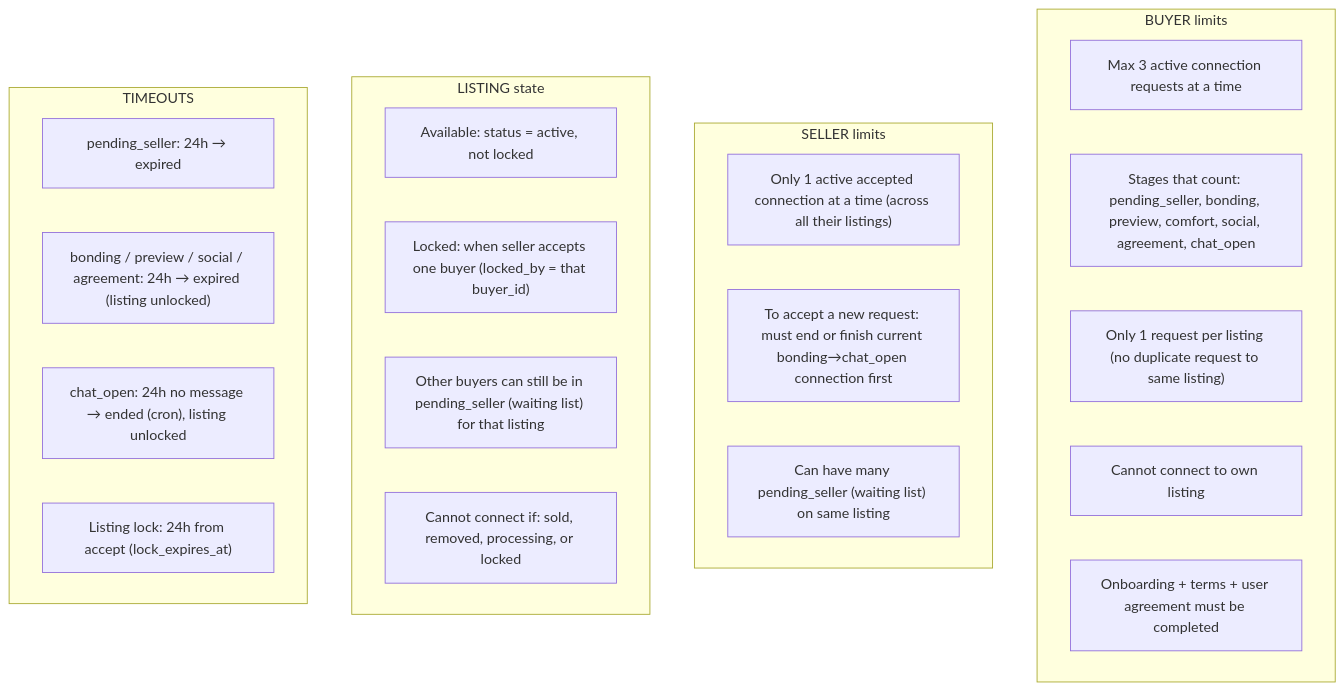
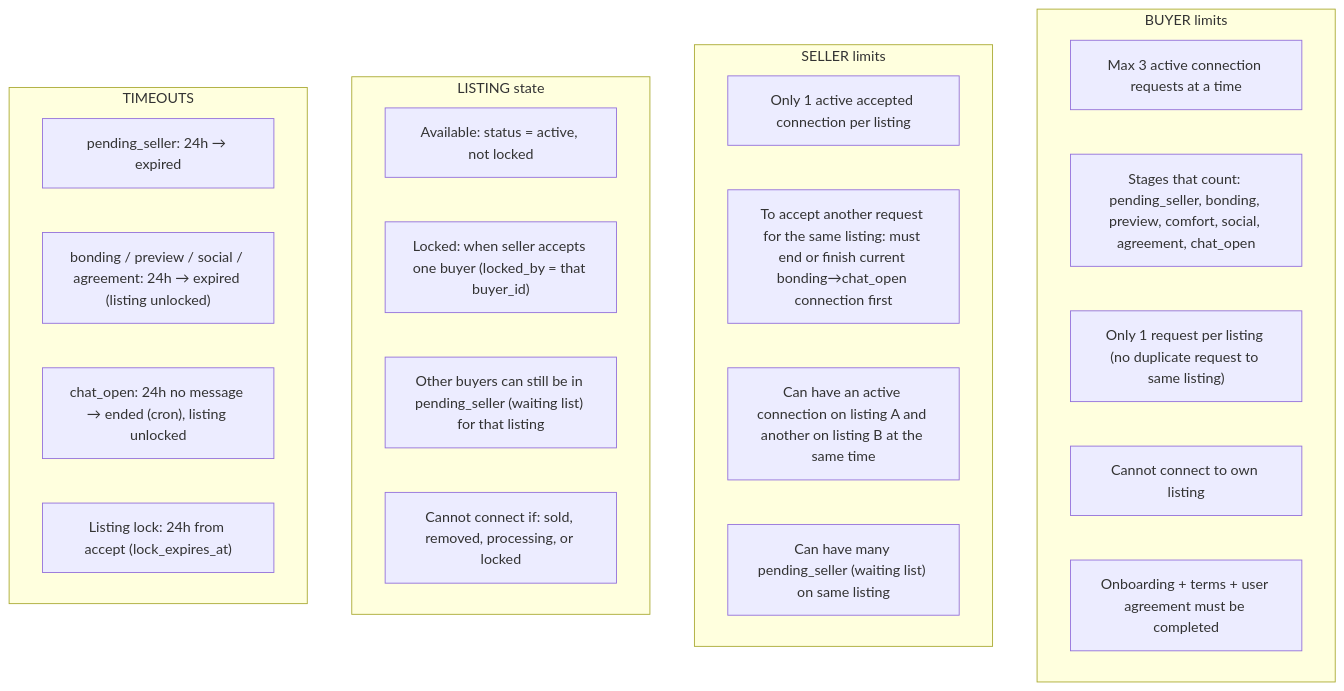
Before and after one commit to hajarachatibi/army-ticket-board: the third of 3 diagrams in docs/connections-flow.md, drawn with Mermaid. The commit also changed other lines of this file, not shown here.

Commit message:
Version 8.09 notifications

````diff
--- a/docs/connections-flow.md
+++ b/docs/connections-flow.md
@@ -79,30 +79,31 @@
 ```mermaid
 flowchart TB
   subgraph buyer["BUYER limits"]
     B1["Max 3 active connection requests at a time"]
     B2["Stages that count: pending_seller, bonding, preview, comfort, social, agreement, chat_open"]
     B3["Only 1 request per listing (no duplicate request to same listing)"]
     B4["Cannot connect to own listing"]
     B5["Onboarding + terms + user agreement must be completed"]
   end
 
   subgraph seller["SELLER limits"]
-    S1["Only 1 active accepted connection at a time (across all their listings)"]
-    S2["To accept a new request: must end or finish current bonding→chat_open connection first"]
-    S3["Can have many pending_seller (waiting list) on same listing"]
+    S1["Only 1 active accepted connection per listing"]
+    S2["To accept another request for the same listing: must end or finish current bonding→chat_open connection first"]
+    S3["Can have an active connection on listing A and another on listing B at the same time"]
+    S4["Can have many pending_seller (waiting list) on same listing"]
   end
 
   subgraph listing["LISTING state"]
     L1["Available: status = active, not locked"]
     L2["Locked: when seller accepts one buyer (locked_by = that buyer_id)"]
     L3["Other buyers can still be in pending_seller (waiting list) for that listing"]
     L4["Cannot connect if: sold, removed, processing, or locked"]
   end
 
   subgraph timeouts["TIMEOUTS"]
     T1["pending_seller: 24h → expired"]
     T2["bonding / preview / social / agreement: 24h → expired (listing unlocked)"]
     T3["chat_open: 24h no message → ended (cron), listing unlocked"]
     T4["Listing lock: 24h from accept (lock_expires_at)"]
   end
 ```
````
